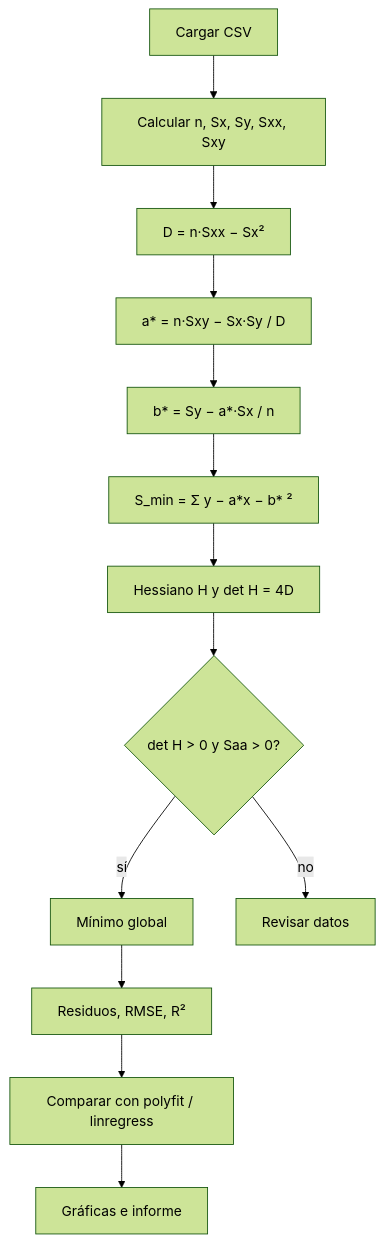
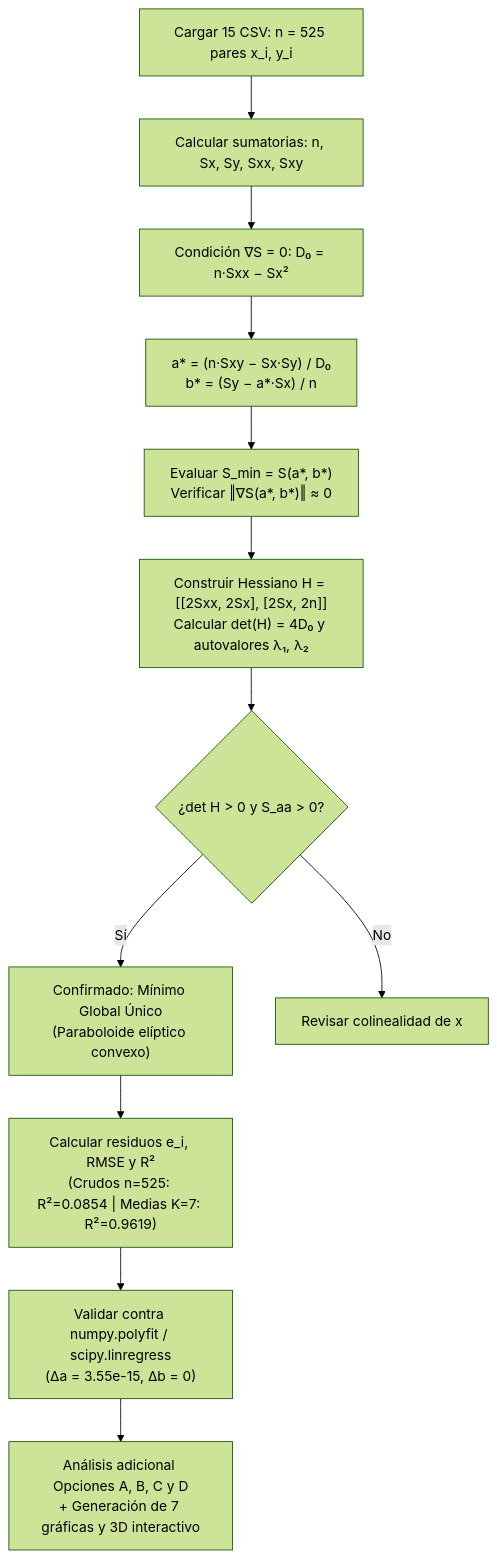
The diagram in codigo/pseudocodigo.md (GUERRREROALEXANDER/FinalCalculoMultivariado), drawn with Mermaid (forest theme) before and after one commit. The commit also changed other lines of this file and 31 other files, not shown here.

````diff
--- a/codigo/pseudocodigo.md
+++ b/codigo/pseudocodigo.md
@@ -21,15 +80,14 @@
 ```mermaid
 flowchart TD
-    A[Cargar CSV] --> B[Calcular n, Sx, Sy, Sxx, Sxy]
-    B --> C[D = n·Sxx − Sx²]
-    C --> D[a* = n·Sxy − Sx·Sy / D]
-    D --> E[b* = Sy − a*·Sx / n]
-    E --> F[S_min = Σ y − a*x − b* ²]
-    F --> G[Hessiano H y det H = 4D]
-    G --> H{det H > 0 y Saa > 0?}
-    H -- sí --> I[Mínimo global]
-    H -- no --> J[Revisar datos]
-    I --> K[Residuos, RMSE, R²]
-    K --> L[Comparar con polyfit / linregress]
-    L --> M[Gráficas e informe]
+    A[Cargar 15 CSV: n = 525 pares x_i, y_i] --> B[Calcular sumatorias: n, Sx, Sy, Sxx, Sxy]
+    B --> C[Condición ∇S = 0: D₀ = n·Sxx − Sx²]
+    C --> D["a* = (n·Sxy − Sx·Sy) / D₀<br/>b* = (Sy − a*·Sx) / n"]
+    D --> E["Evaluar S_min = S(a*, b*)<br/>Verificar ‖∇S(a*, b*)‖ ≈ 0"]
+    E --> F["Construir Hessiano H = [[2Sxx, 2Sx], [2Sx, 2n]]<br/>Calcular det(H) = 4D₀ y autovalores λ₁, λ₂"]
+    F --> G{¿det H > 0 y S_aa > 0?}
+    G -- Sí --> H["Confirmado: Mínimo Global Único<br/>(Paraboloide elíptico convexo)"]
+    G -- No --> I[Revisar colinealidad de x]
+    H --> J["Calcular residuos e_i, RMSE y R²<br/>(Crudos n=525: R²=0.0854 | Medias K=7: R²=0.9619)"]
+    J --> K["Validar contra numpy.polyfit / scipy.linregress<br/>(Δa = 3.55e-15, Δb = 0)"]
+    K --> L["Análisis adicional Opciones A, B, C y D<br/>+ Generación de 7 gráficas y 3D interactivo"]
 ```
````
